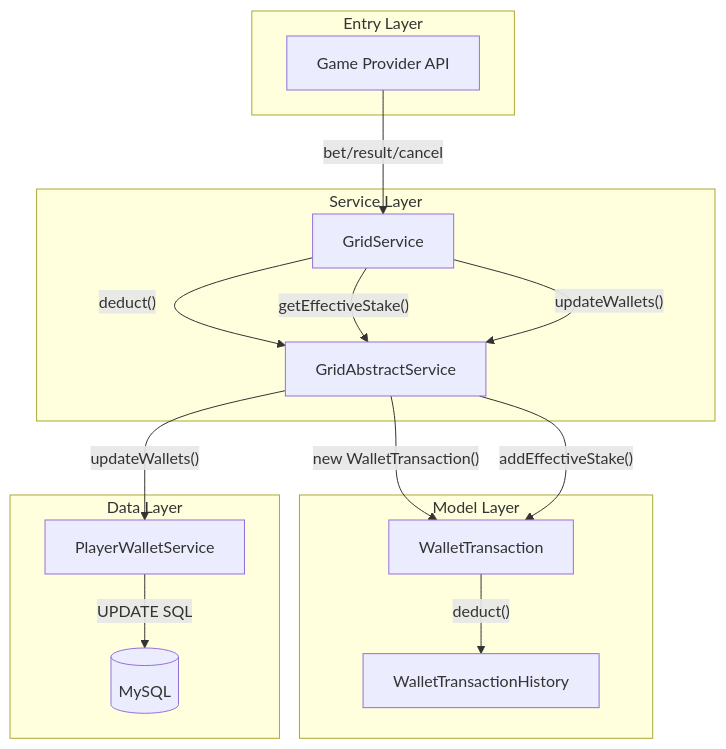
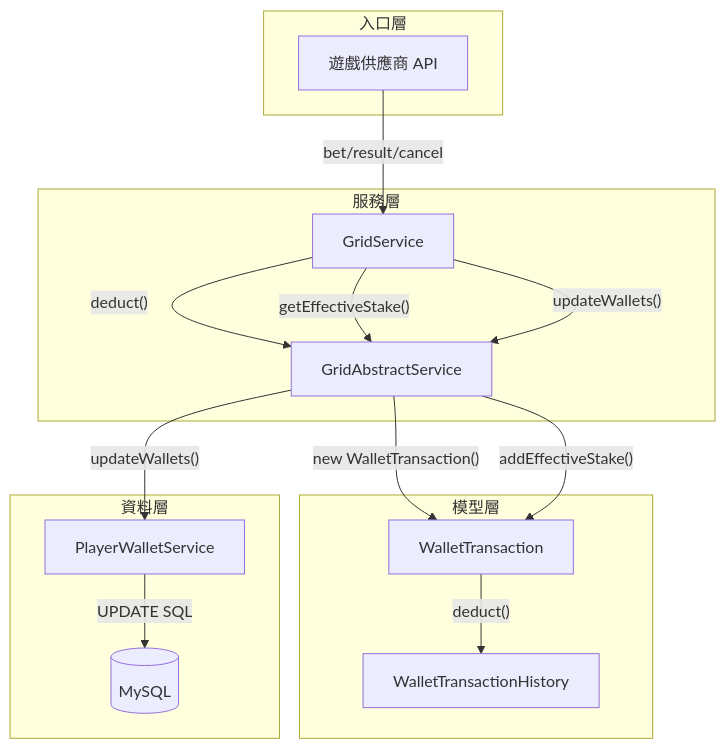
Before and after one commit to ron03wlb/smart-admin: the sixth of 6 diagrams in docs/iGaming/architecture/02_Finance_Service/Turnover_Calculation_Logic_Detail.md, drawn with Mermaid. The commit also changed other lines of this file and 4 other files, not shown here.

````diff
--- a/docs/iGaming/architecture/02_Finance_Service/Turnover_Calculation_Logic_Detail.md
+++ b/docs/iGaming/architecture/02_Finance_Service/Turnover_Calculation_Logic_Detail.md
@@ -300,31 +300,31 @@
 ```mermaid
 flowchart TB
-    subgraph Entry["Entry Layer"]
-        API[Game Provider API]
+    subgraph Entry["入口層"]
+        API[遊戲供應商 API]
     end
 
-    subgraph Service["Service Layer"]
+    subgraph Service["服務層"]
         GS[GridService]
         GAS[GridAbstractService]
     end
 
-    subgraph Model["Model Layer"]
+    subgraph Model["模型層"]
         WT[WalletTransaction]
         WTH[WalletTransactionHistory]
     end
 
-    subgraph Data["Data Layer"]
+    subgraph Data["資料層"]
         PWS[PlayerWalletService]
         DB[(MySQL)]
     end
 
     API -->|"bet/result/cancel"| GS
     GS -->|"deduct()"| GAS
     GAS -->|"new WalletTransaction()"| WT
     GS -->|"getEffectiveStake()"| GAS
     GAS -->|"addEffectiveStake()"| WT
     WT -->|"deduct()"| WTH
     GS -->|"updateWallets()"| GAS
     GAS -->|"updateWallets()"| PWS
     PWS -->|"UPDATE SQL"| DB
 ```
````
